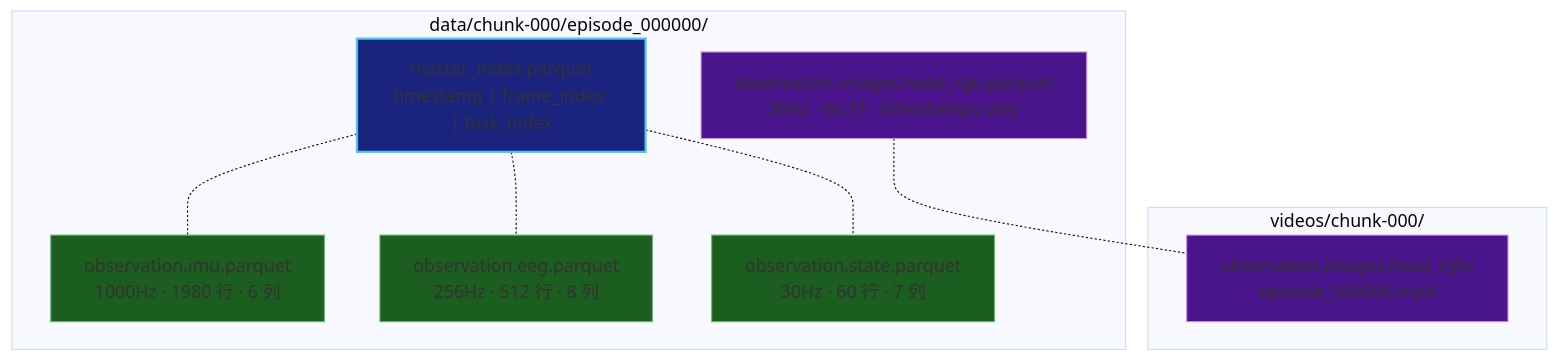
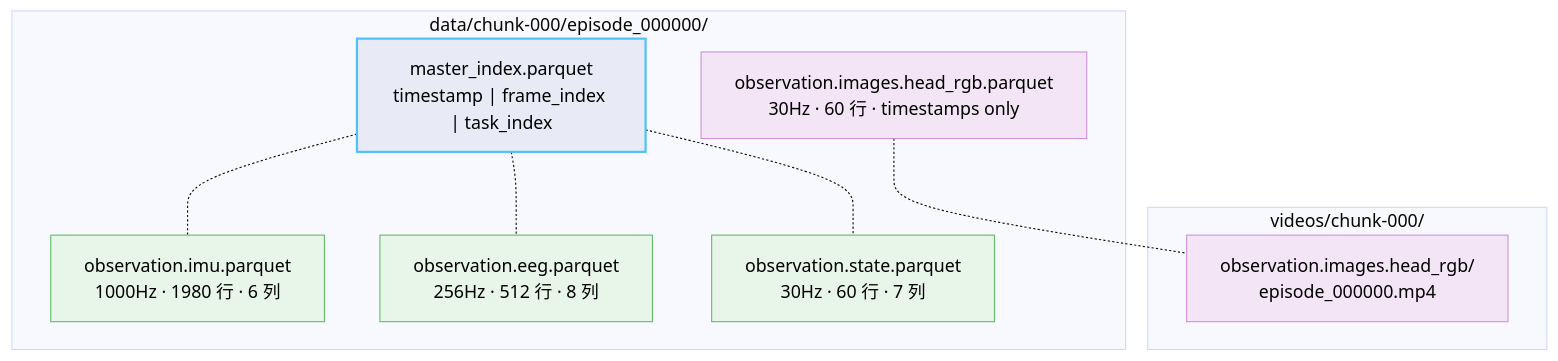
Before and after one commit to Koorye/Multi-Frequency-LeRobot: the third of 5 diagrams in README.md, drawn with Mermaid (base theme). The commit also changed other lines of this file, not shown here.

````diff
--- a/README.md
+++ b/README.md
@@ -209,25 +209,25 @@
 ```mermaid
 graph TB
     subgraph "data/chunk-000/episode_000000/"
         MI["master_index.parquet<br/>timestamp | frame_index | task_index"]
         F1["observation.imu.parquet<br/>1000Hz · 1980 行 · 6 列"]
         F2["observation.eeg.parquet<br/>256Hz · 512 行 · 8 列"]
         F3["observation.state.parquet<br/>30Hz · 60 行 · 7 列"]
         C1["observation.images.head_rgb.parquet<br/>30Hz · 60 行 · timestamps only"]
     end
     subgraph "videos/chunk-000/"
         V1["observation.images.head_rgb/<br/>episode_000000.mp4"]
     end
 
     MI -.- F1
     MI -.- F2
     MI -.- F3
     C1 -.- V1
 
-    style MI fill:#1a237e,stroke:#4fc3f7,stroke-width:2px
-    style F1 fill:#1b5e20,stroke:#66bb6a
-    style F2 fill:#1b5e20,stroke:#66bb6a
-    style F3 fill:#1b5e20,stroke:#66bb6a
-    style C1 fill:#4a148c,stroke:#ce93d8
-    style V1 fill:#4a148c,stroke:#ce93d8
+    style MI fill:#e8eaf6,stroke:#4fc3f7,stroke-width:2px,color:#000
+    style F1 fill:#e8f5e9,stroke:#66bb6a,color:#000
+    style F2 fill:#e8f5e9,stroke:#66bb6a,color:#000
+    style F3 fill:#e8f5e9,stroke:#66bb6a,color:#000
+    style C1 fill:#f3e5f5,stroke:#ce93d8,color:#000
+    style V1 fill:#f3e5f5,stroke:#ce93d8,color:#000
 ```
````
